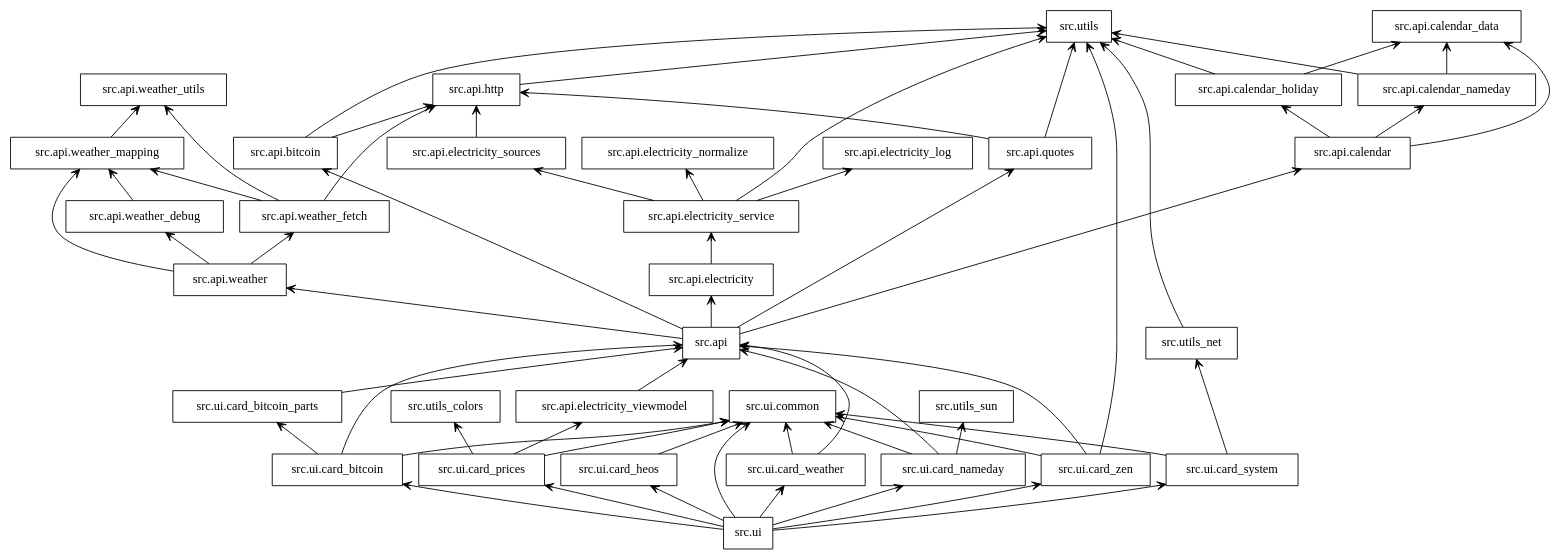
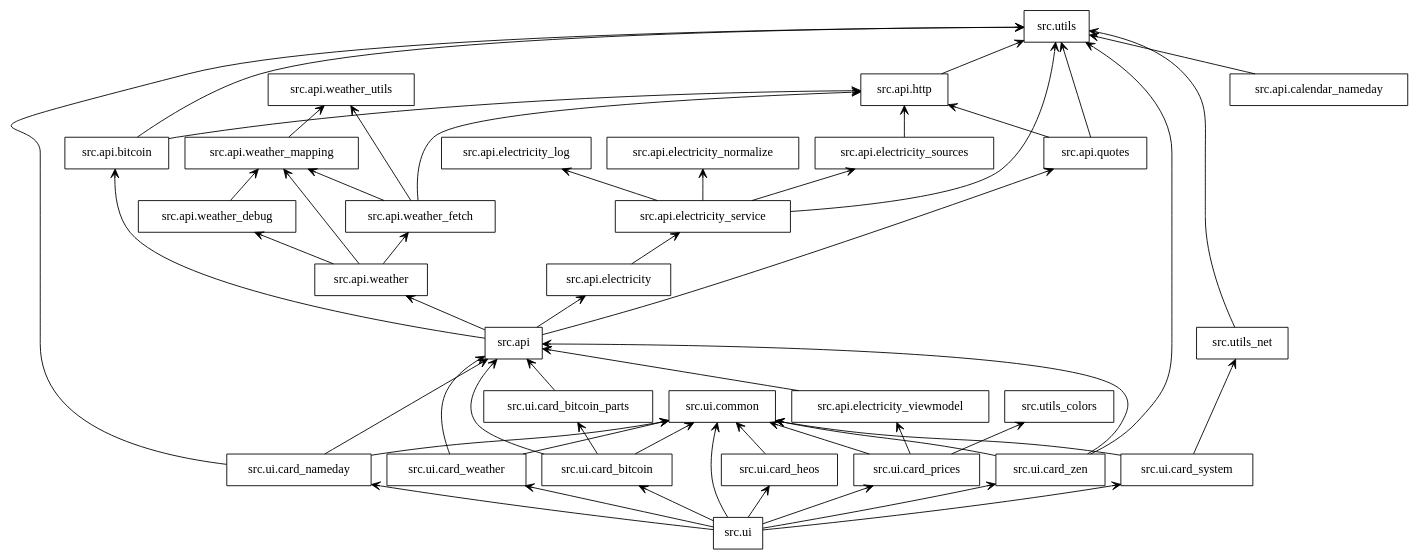
Before and after one commit to pvehvila/kotidashboard: the diagram in docs/uml/packages_HomeDashboard.dot, drawn with Graphviz. The commit also changed 25 other files, not shown here.

```diff
--- a/docs/uml/packages_HomeDashboard.dot
+++ b/docs/uml/packages_HomeDashboard.dot
@@ -1,96 +1,85 @@
 digraph "packages_HomeDashboard" {
 rankdir=BT
 charset="utf-8"
 "src.api" [color="black", label=<src.api>, shape="box", style="solid"];
 "src.api.bitcoin" [color="black", label=<src.api.bitcoin>, shape="box", style="solid"];
-"src.api.calendar" [color="black", label=<src.api.calendar>, shape="box", style="solid"];
-"src.api.calendar_data" [color="black", label=<src.api.calendar_data>, shape="box", style="solid"];
-"src.api.calendar_holiday" [color="black", label=<src.api.calendar_holiday>, shape="box", style="solid"];
 "src.api.calendar_nameday" [color="black", label=<src.api.calendar_nameday>, shape="box", style="solid"];
 "src.api.electricity" [color="black", label=<src.api.electricity>, shape="box", style="solid"];
 "src.api.electricity_log" [color="black", label=<src.api.electricity_log>, shape="box", style="solid"];
 "src.api.electricity_normalize" [color="black", label=<src.api.electricity_normalize>, shape="box", style="solid"];
 "src.api.electricity_service" [color="black", label=<src.api.electricity_service>, shape="box", style="solid"];
 "src.api.electricity_sources" [color="black", label=<src.api.electricity_sources>, shape="box", style="solid"];
 "src.api.electricity_viewmodel" [color="black", label=<src.api.electricity_viewmodel>, shape="box", style="solid"];
 "src.api.http" [color="black", label=<src.api.http>, shape="box", style="solid"];
 "src.api.quotes" [color="black", label=<src.api.quotes>, shape="box", style="solid"];
 "src.api.weather" [color="black", label=<src.api.weather>, shape="box", style="solid"];
 "src.api.weather_debug" [color="black", label=<src.api.weather_debug>, shape="box", style="solid"];
 "src.api.weather_fetch" [color="black", label=<src.api.weather_fetch>, shape="box", style="solid"];
 "src.api.weather_mapping" [color="black", label=<src.api.weather_mapping>, shape="box", style="solid"];
 "src.api.weather_utils" [color="black", label=<src.api.weather_utils>, shape="box", style="solid"];
 "src.ui" [color="black", label=<src.ui>, shape="box", style="solid"];
 "src.ui.card_bitcoin" [color="black", label=<src.ui.card_bitcoin>, shape="box", style="solid"];
 "src.ui.card_bitcoin_parts" [color="black", label=<src.ui.card_bitcoin_parts>, shape="box", style="solid"];
 "src.ui.card_heos" [color="black", label=<src.ui.card_heos>, shape="box", style="solid"];
 "src.ui.card_nameday" [color="black", label=<src.ui.card_nameday>, shape="box", style="solid"];
 "src.ui.card_prices" [color="black", label=<src.ui.card_prices>, shape="box", style="solid"];
 "src.ui.card_system" [color="black", label=<src.ui.card_system>, shape="box", style="solid"];
 "src.ui.card_weather" [color="black", label=<src.ui.card_weather>, shape="box", style="solid"];
 "src.ui.card_zen" [color="black", label=<src.ui.card_zen>, shape="box", style="solid"];
 "src.ui.common" [color="black", label=<src.ui.common>, shape="box", style="solid"];
 "src.utils" [color="black", label=<src.utils>, shape="box", style="solid"];
 "src.utils_colors" [color="black", label=<src.utils_colors>, shape="box", style="solid"];
 "src.utils_net" [color="black", label=<src.utils_net>, shape="box", style="solid"];
-"src.utils_sun" [color="black", label=<src.utils_sun>, shape="box", style="solid"];
 "src.api" -> "src.api.bitcoin" [arrowhead="open", arrowtail="none"];
-"src.api" -> "src.api.calendar" [arrowhead="open", arrowtail="none"];
 "src.api" -> "src.api.electricity" [arrowhead="open", arrowtail="none"];
 "src.api" -> "src.api.quotes" [arrowhead="open", arrowtail="none"];
 "src.api" -> "src.api.weather" [arrowhead="open", arrowtail="none"];
 "src.api.bitcoin" -> "src.api.http" [arrowhead="open", arrowtail="none"];
 "src.api.bitcoin" -> "src.utils" [arrowhead="open", arrowtail="none"];
-"src.api.calendar" -> "src.api.calendar_data" [arrowhead="open", arrowtail="none"];
-"src.api.calendar" -> "src.api.calendar_holiday" [arrowhead="open", arrowtail="none"];
-"src.api.calendar" -> "src.api.calendar_nameday" [arrowhead="open", arrowtail="none"];
-"src.api.calendar_holiday" -> "src.api.calendar_data" [arrowhead="open", arrowtail="none"];
-"src.api.calendar_holiday" -> "src.utils" [arrowhead="open", arrowtail="none"];
-"src.api.calendar_nameday" -> "src.api.calendar_data" [arrowhead="open", arrowtail="none"];
 "src.api.calendar_nameday" -> "src.utils" [arrowhead="open", arrowtail="none"];
 "src.api.electricity" -> "src.api.electricity_service" [arrowhead="open", arrowtail="none"];
 "src.api.electricity_service" -> "src.api.electricity_log" [arrowhead="open", arrowtail="none"];
 "src.api.electricity_service" -> "src.api.electricity_normalize" [arrowhead="open", arrowtail="none"];
 "src.api.electricity_service" -> "src.api.electricity_sources" [arrowhead="open", arrowtail="none"];
 "src.api.electricity_service" -> "src.utils" [arrowhead="open", arrowtail="none"];
 "src.api.electricity_sources" -> "src.api.http" [arrowhead="open", arrowtail="none"];
 "src.api.electricity_viewmodel" -> "src.api" [arrowhead="open", arrowtail="none"];
 "src.api.http" -> "src.utils" [arrowhead="open", arrowtail="none"];
 "src.api.quotes" -> "src.api.http" [arrowhead="open", arrowtail="none"];
 "src.api.quotes" -> "src.utils" [arrowhead="open", arrowtail="none"];
 "src.api.weather" -> "src.api.weather_debug" [arrowhead="open", arrowtail="none"];
 "src.api.weather" -> "src.api.weather_fetch" [arrowhead="open", arrowtail="none"];
 "src.api.weather" -> "src.api.weather_mapping" [arrowhead="open", arrowtail="none"];
 "src.api.weather_debug" -> "src.api.weather_mapping" [arrowhead="open", arrowtail="none"];
 "src.api.weather_fetch" -> "src.api.http" [arrowhead="open", arrowtail="none"];
 "src.api.weather_fetch" -> "src.api.weather_mapping" [arrowhead="open", arrowtail="none"];
 "src.api.weather_fetch" -> "src.api.weather_utils" [arrowhead="open", arrowtail="none"];
 "src.api.weather_mapping" -> "src.api.weather_utils" [arrowhead="open", arrowtail="none"];
 "src.ui" -> "src.ui.card_bitcoin" [arrowhead="open", arrowtail="none"];
 "src.ui" -> "src.ui.card_heos" [arrowhead="open", arrowtail="none"];
 "src.ui" -> "src.ui.card_nameday" [arrowhead="open", arrowtail="none"];
 "src.ui" -> "src.ui.card_prices" [arrowhead="open", arrowtail="none"];
 "src.ui" -> "src.ui.card_system" [arrowhead="open", arrowtail="none"];
 "src.ui" -> "src.ui.card_weather" [arrowhead="open", arrowtail="none"];
 "src.ui" -> "src.ui.card_zen" [arrowhead="open", arrowtail="none"];
 "src.ui" -> "src.ui.common" [arrowhead="open", arrowtail="none"];
 "src.ui.card_bitcoin" -> "src.api" [arrowhead="open", arrowtail="none"];
 "src.ui.card_bitcoin" -> "src.ui.card_bitcoin_parts" [arrowhead="open", arrowtail="none"];
 "src.ui.card_bitcoin" -> "src.ui.common" [arrowhead="open", arrowtail="none"];
 "src.ui.card_bitcoin_parts" -> "src.api" [arrowhead="open", arrowtail="none"];
 "src.ui.card_heos" -> "src.ui.common" [arrowhead="open", arrowtail="none"];
 "src.ui.card_nameday" -> "src.api" [arrowhead="open", arrowtail="none"];
 "src.ui.card_nameday" -> "src.ui.common" [arrowhead="open", arrowtail="none"];
-"src.ui.card_nameday" -> "src.utils_sun" [arrowhead="open", arrowtail="none"];
+"src.ui.card_nameday" -> "src.utils" [arrowhead="open", arrowtail="none"];
 "src.ui.card_prices" -> "src.api.electricity_viewmodel" [arrowhead="open", arrowtail="none"];
 "src.ui.card_prices" -> "src.ui.common" [arrowhead="open", arrowtail="none"];
 "src.ui.card_prices" -> "src.utils_colors" [arrowhead="open", arrowtail="none"];
 "src.ui.card_system" -> "src.ui.common" [arrowhead="open", arrowtail="none"];
 "src.ui.card_system" -> "src.utils_net" [arrowhead="open", arrowtail="none"];
 "src.ui.card_weather" -> "src.api" [arrowhead="open", arrowtail="none"];
 "src.ui.card_weather" -> "src.ui.common" [arrowhead="open", arrowtail="none"];
 "src.ui.card_zen" -> "src.api" [arrowhead="open", arrowtail="none"];
 "src.ui.card_zen" -> "src.ui.common" [arrowhead="open", arrowtail="none"];
 "src.ui.card_zen" -> "src.utils" [arrowhead="open", arrowtail="none"];
 "src.utils_net" -> "src.utils" [arrowhead="open", arrowtail="none"];
 }
```
